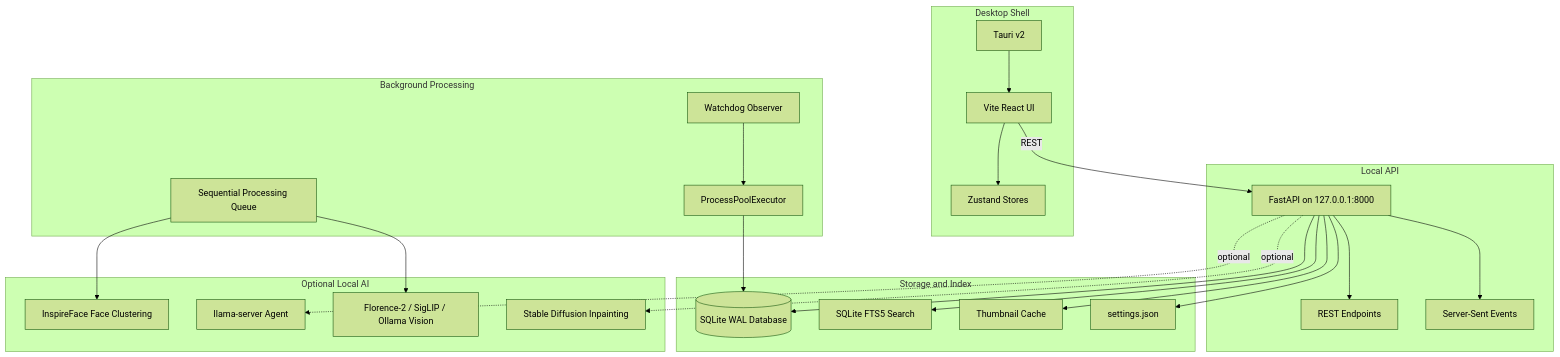
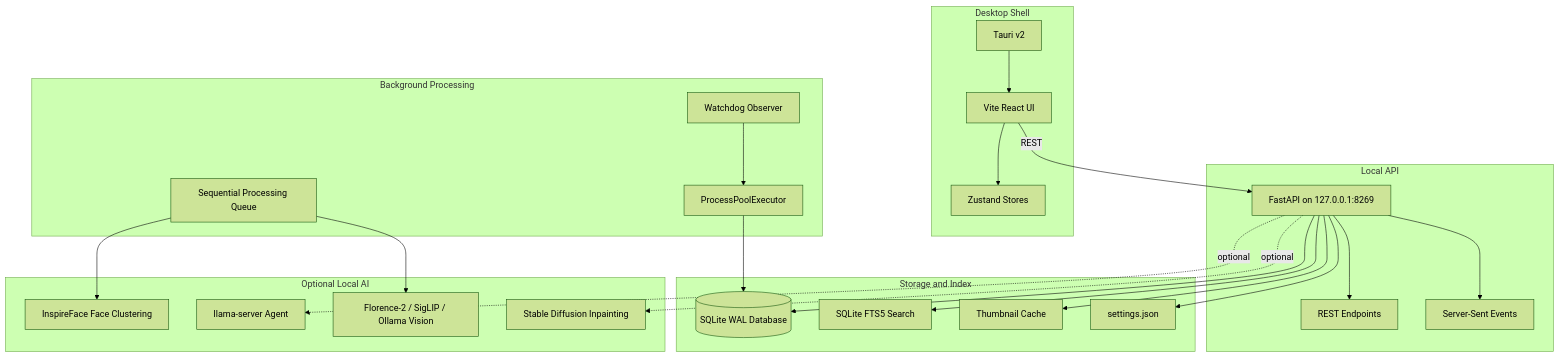
Before and after one commit to VardhmanSurana/Prism: the diagram in README.md, drawn with Mermaid (forest theme). The commit also changed other lines of this file and 53 other files, not shown here.

````diff
--- a/README.md
+++ b/README.md
@@ -108,50 +108,50 @@
 ```mermaid
 graph TD
     subgraph Desktop Shell
         Tauri[Tauri v2]
         React[Vite React UI]
         Zustand[Zustand Stores]
     end
 
     subgraph Local API
-        FastAPI[FastAPI on 127.0.0.1:8000]
+        FastAPI[FastAPI on 127.0.0.1:8269]
         REST[REST Endpoints]
         SSE[Server-Sent Events]
     end
 
     subgraph Background Processing
         Watchdog[Watchdog Observer]
         Queue[Sequential Processing Queue]
         Pool[ProcessPoolExecutor]
     end
 
     subgraph Storage and Index
         SQLite[(SQLite WAL Database)]
         FTS5[SQLite FTS5 Search]
         Thumbs[Thumbnail Cache]
         Settings[settings.json]
     end
 
     subgraph Optional Local AI
         Face[InspireFace Face Clustering]
         Agent[llama-server Agent]
         Vision[Florence-2 / SigLIP / Ollama Vision]
         Inpaint[Stable Diffusion Inpainting]
     end
 
     Tauri --> React
     React --> Zustand
     React -->|REST| FastAPI
     FastAPI --> REST
     FastAPI --> SSE
     Watchdog --> Pool
     Pool --> SQLite
     Queue --> Face
     Queue --> Vision
     FastAPI --> SQLite
     FastAPI --> FTS5
     FastAPI --> Thumbs
     FastAPI --> Settings
     FastAPI -. optional .-> Agent
     FastAPI -. optional .-> Inpaint
 ```
````
